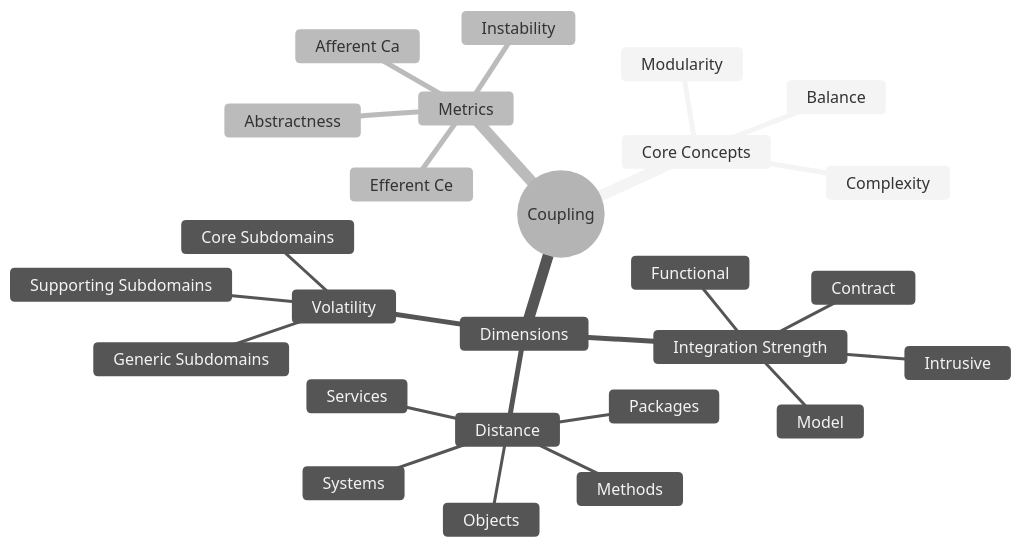
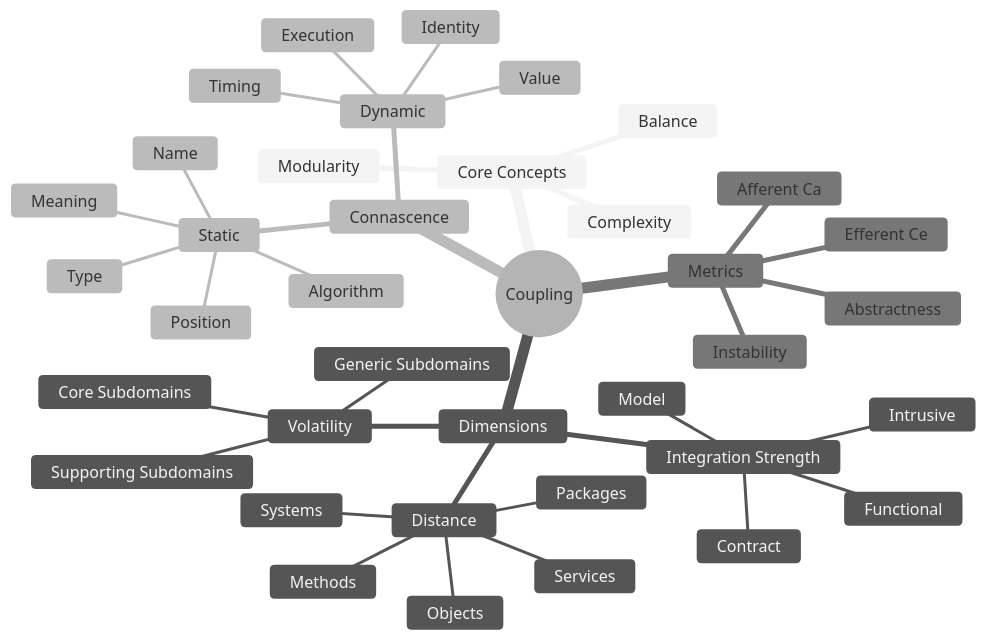
Before and after one commit to anaerobic/coupling: the first of 6 diagrams in README.md, drawn with Mermaid (neutral theme). The commit also changed other lines of this file and 7 other files, not shown here.

````diff
--- a/README.md
+++ b/README.md
@@ -32,29 +32,41 @@
 ```mermaid
 mindmap
   root((Coupling))
     Core Concepts
       Complexity
       Modularity
       Balance
     Dimensions
       Integration Strength
         Intrusive
         Functional
         Model
         Contract
       Distance
         Methods
         Objects
         Packages
         Services
         Systems
       Volatility
         Core Subdomains
         Generic Subdomains
         Supporting Subdomains
+    Connascence
+      Static
+        Name
+        Type
+        Meaning
+        Algorithm
+        Position
+      Dynamic
+        Execution
+        Timing
+        Value
+        Identity
     Metrics
       Efferent Ce
       Afferent Ca
       Instability
       Abstractness
 ```
````
